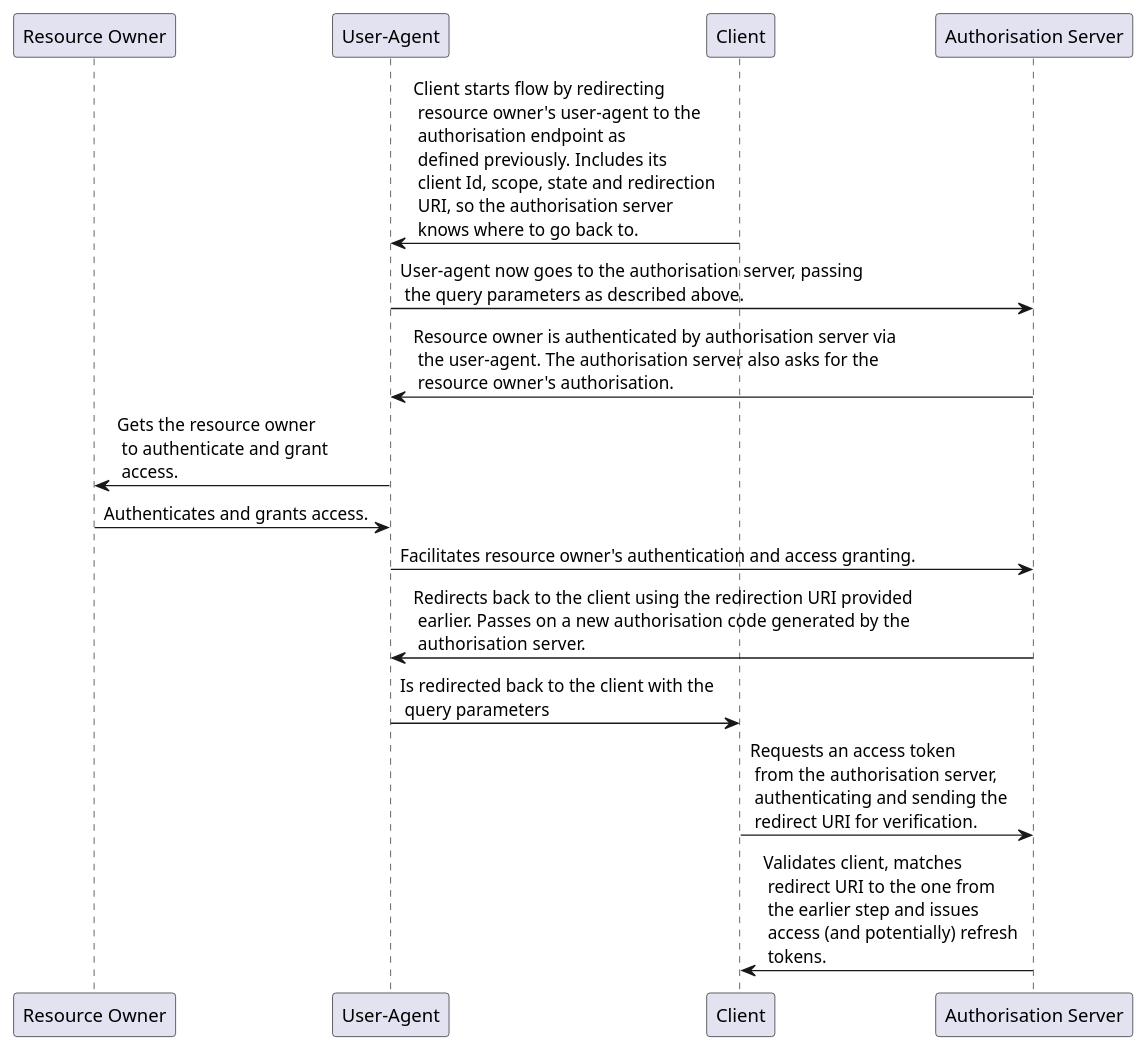
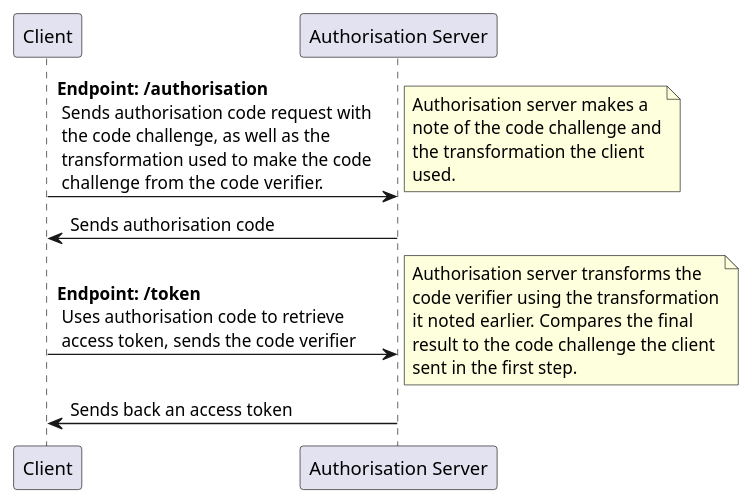
One commit to JamesCollerton/PlantUML-Diagrams changed the diagram in OAuth-Authorisation-Code-Grant-PKCE.puml. Above: the diagram before and after it, drawn with PlantUML. The commit also changed 3 other files, not shown here.

Commit message:
Added all OAuth basic plant uml

```diff
--- a/OAuth-Authorisation-Code-Grant-PKCE.puml
+++ b/OAuth-Authorisation-Code-Grant-PKCE.puml
@@ -1,19 +1,24 @@
 @startuml
 
-participant "Resource Owner" as resource_owner
-participant "User-Agent" as user_agent
 participant "Client" as client
 participant "Authorisation Server" as authorisation_server
 
-client -> user_agent: Client starts flow by redirecting \n resource owner's user-agent to the \n authorisation endpoint as \n defined previously. Includes its \n client Id, scope, state and redirection \n URI, so the authorisation server \n knows where to go back to.
-user_agent -> authorisation_server: User-agent now goes to the authorisation server, passing \n the query parameters as described above.
-authorisation_server -> user_agent: Resource owner is authenticated by authorisation server via \n the user-agent. The authorisation server also asks for the \n resource owner's authorisation.
-user_agent -> resource_owner: Gets the resource owner \n to authenticate and grant \n access.
-resource_owner -> user_agent: Authenticates and grants access.
-user_agent -> authorisation_server: Facilitates resource owner's authentication and access granting.
-authorisation_server -> user_agent: Redirects back to the client using the redirection URI provided \n earlier. Passes on a new authorisation code generated by the \n authorisation server.
-user_agent -> client: Is redirected back to the client with the \n query parameters
-client -> authorisation_server: Requests an access token \n from the authorisation server, \n authenticating and sending the \n redirect URI for verification.
-authorisation_server -> client: Validates client, matches \n redirect URI to the one from \n the earlier step and issues \n access (and potentially) refresh \n tokens.
+client -> authorisation_server: **Endpoint: /authorisation** \n Sends authorisation code request with \n the code challenge, as well as the \n transformation used to make the code \n challenge from the code verifier.
+note right
+ Authorisation server makes a
+ note of the code challenge and
+ the transformation the client
+ used.
+end note
+authorisation_server -> client: Sends authorisation code
+client -> authorisation_server: **Endpoint: /token** \n Uses authorisation code to retrieve \n access token, sends the code verifier
+note right
+ Authorisation server transforms the
+ code verifier using the transformation
+ it noted earlier. Compares the final
+ result to the code challenge the client
+ sent in the first step.
+end note
+authorisation_server -> client: Sends back an access token
 
 @enduml
```
